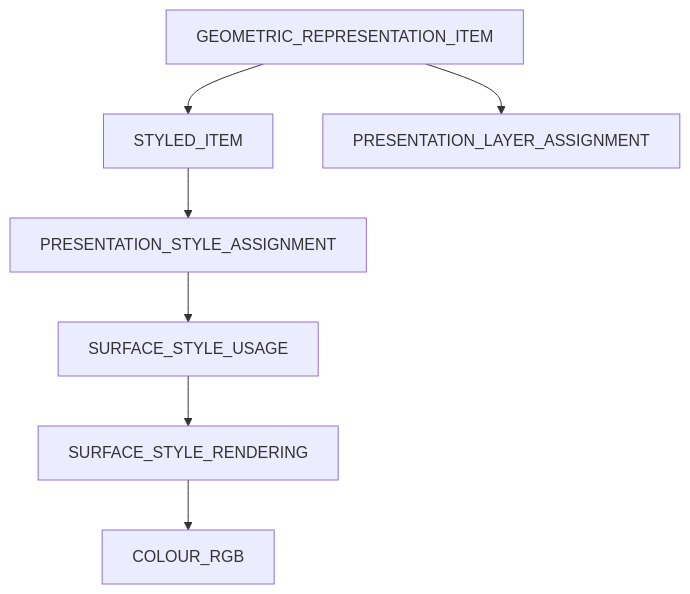
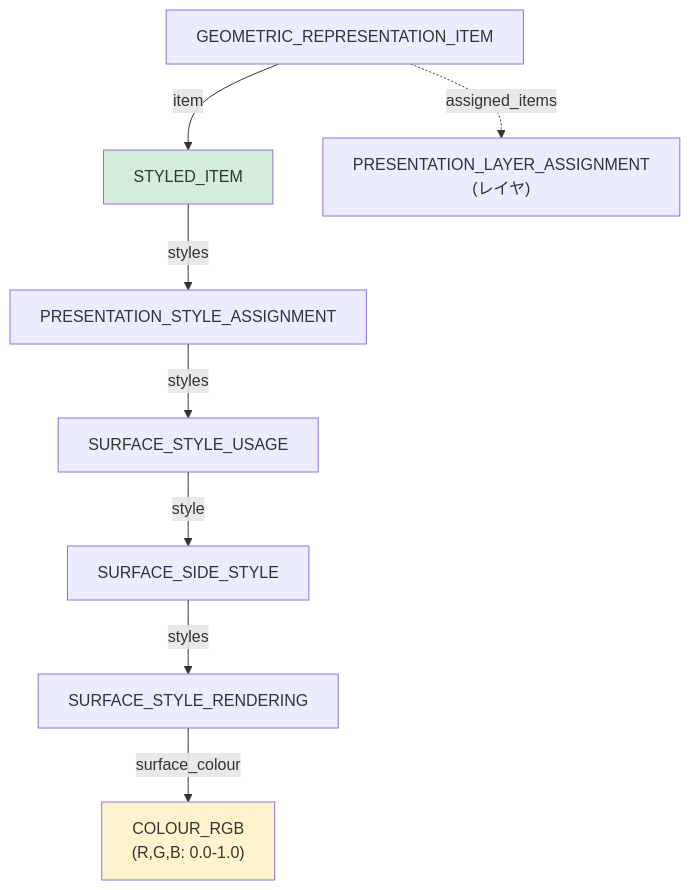
Before and after one commit to takuto-NA/step-standards-explained: the fourth of 4 diagrams in format/data-model-map.md, drawn with Mermaid. The commit also changed other lines of this file and 1 other file, not shown here.

````diff
--- a/format/data-model-map.md
+++ b/format/data-model-map.md
@@ -66,10 +311,14 @@
 ```mermaid
 graph TD
-    GEOM[GEOMETRIC_REPRESENTATION_ITEM] --> SI[STYLED_ITEM]
-    SI --> PSA[PRESENTATION_STYLE_ASSIGNMENT]
-    PSA --> SSU[SURFACE_STYLE_USAGE]
-    SSU --> SSR[SURFACE_STYLE_RENDERING]
-    SSR --> COLOUR[COLOUR_RGB]
+    GEOM["GEOMETRIC_REPRESENTATION_ITEM"] -->|"item"| SI["STYLED_ITEM"]
+    SI -->|"styles"| PSA["PRESENTATION_STYLE_ASSIGNMENT"]
+    PSA -->|"styles"| SSU["SURFACE_STYLE_USAGE"]
+    SSU -->|"style"| SSS["SURFACE_SIDE_STYLE"]
+    SSS -->|"styles"| SSR["SURFACE_STYLE_RENDERING"]
+    SSR -->|"surface_colour"| COLOUR["COLOUR_RGB<br/>(R,G,B: 0.0-1.0)"]
     
-    GEOM --> PLA[PRESENTATION_LAYER_ASSIGNMENT]
+    GEOM -.->|"assigned_items"| PLA["PRESENTATION_LAYER_ASSIGNMENT<br/>(レイヤ)"]
+    
+    style SI fill:#d4edda
+    style COLOUR fill:#fff3cd
 ```
````
